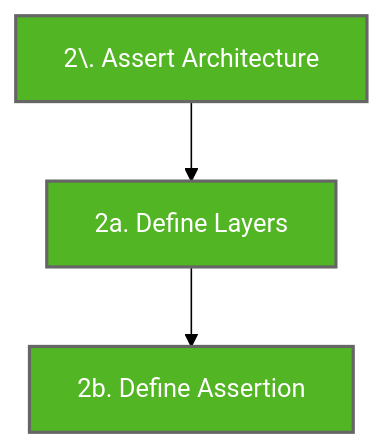
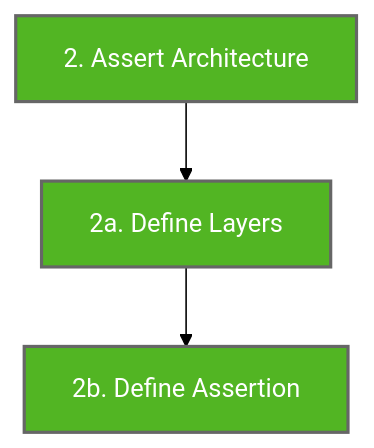
One commit to LemonAppDev/konsist-documentation changed the first of 2 diagrams in writing-tests/architecture-assert.md. Above: the diagram before and after it, drawn with Mermaid. The commit also changed 6 other files, not shown here.

First line of the commit message:
Remove escaped dots from numbered Mermaid labels (#135)

````diff
--- a/writing-tests/architecture-assert.md
+++ b/writing-tests/architecture-assert.md
@@ -9,10 +9,10 @@
 ```mermaid
 %%{init: {'theme':'forest'}}%%
 flowchart TB
-    StepA2["2\. Assert Architecture"]-->StepA3
+    StepA2["2. Assert Architecture"]-->StepA3
     StepA3["2a. Define Layers"]-->StepA4
     StepA4["2b. Define Assertion"]
     style StepA2 fill:#52B523,stroke:#666,stroke-width:2px,color:#fff
     style StepA3 fill:#52B523,stroke:#666,stroke-width:2px,color:#fff
     style StepA4 fill:#52B523,stroke:#666,stroke-width:2px,color:#fff
 ```
````
